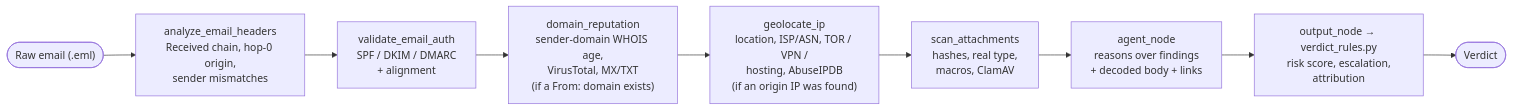
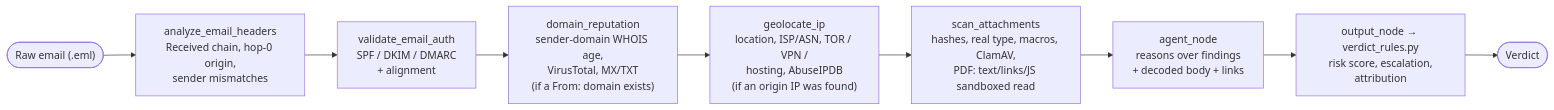
The third of 4 diagrams in README.md (code-YK/Security-Copilot-Sih26), drawn with Mermaid before and after one commit. The commit also changed other lines of this file and 33 other files, not shown here.

````diff
--- a/README.md
+++ b/README.md
@@ -116,11 +117,11 @@
 ```mermaid
 flowchart LR
     EML(["Raw email (.eml)"]) --> HDR["analyze_email_headers<br/>Received chain, hop-0 origin,<br/>sender mismatches"]
     HDR --> AUTH["validate_email_auth<br/>SPF / DKIM / DMARC<br/>+ alignment"]
     AUTH --> REP["domain_reputation<br/>sender-domain WHOIS age,<br/>VirusTotal, MX/TXT<br/>(if a From: domain exists)"]
     REP --> GEO["geolocate_ip<br/>location, ISP/ASN, TOR / VPN /<br/>hosting, AbuseIPDB<br/>(if an origin IP was found)"]
-    GEO --> ATT["scan_attachments<br/>hashes, real type,<br/>macros, ClamAV"]
+    GEO --> ATT["scan_attachments<br/>hashes, real type, macros, ClamAV,<br/>PDF: text/links/JS sandboxed read"]
     ATT --> AGENT["agent_node<br/>reasons over findings<br/>+ decoded body + links"]
     AGENT --> RULES["output_node → verdict_rules.py<br/>risk score, escalation,<br/>attribution"]
     RULES --> OUT(["Verdict"])
 ```
````
